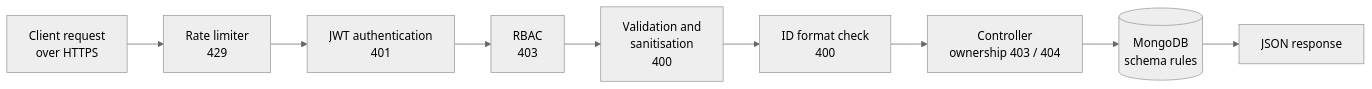
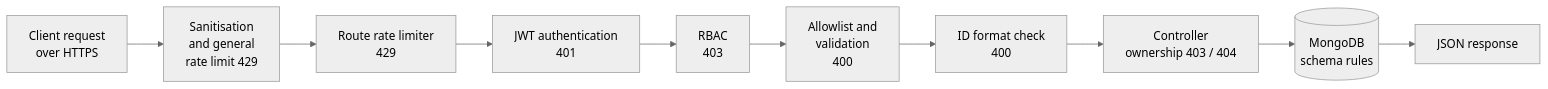
The first of 2 diagrams in README.md (Viandrak/INSY7314-BCADGR1-Group7), drawn with Mermaid (neutral theme) before and after one commit. The commit also changed other lines of this file, not shown here.

````diff
--- a/README.md
+++ b/README.md
@@ -172,11 +207,12 @@
 ```mermaid
 flowchart LR
-    A[Client request<br/>over HTTPS] --> B[Rate limiter<br/>429]
-    B --> C[JWT authentication<br/>401]
-    C --> D[RBAC<br/>403]
-    D --> E[Validation and<br/>sanitisation<br/>400]
-    E --> F[ID format check<br/>400]
-    F --> G[Controller<br/>ownership 403 / 404]
-    G --> H[(MongoDB<br/>schema rules)]
-    H --> I[JSON response]
+    A[Client request<br/>over HTTPS] --> B[Sanitisation<br/>and general<br/>rate limit 429]
+    B --> C[Route rate limiter<br/>429]
+    C --> D[JWT authentication<br/>401]
+    D --> E[RBAC<br/>403]
+    E --> F[Allowlist and<br/>validation<br/>400]
+    F --> G[ID format check<br/>400]
+    G --> H[Controller<br/>ownership 403 / 404]
+    H --> I[(MongoDB<br/>schema rules)]
+    I --> J[JSON response]
 ```
````
